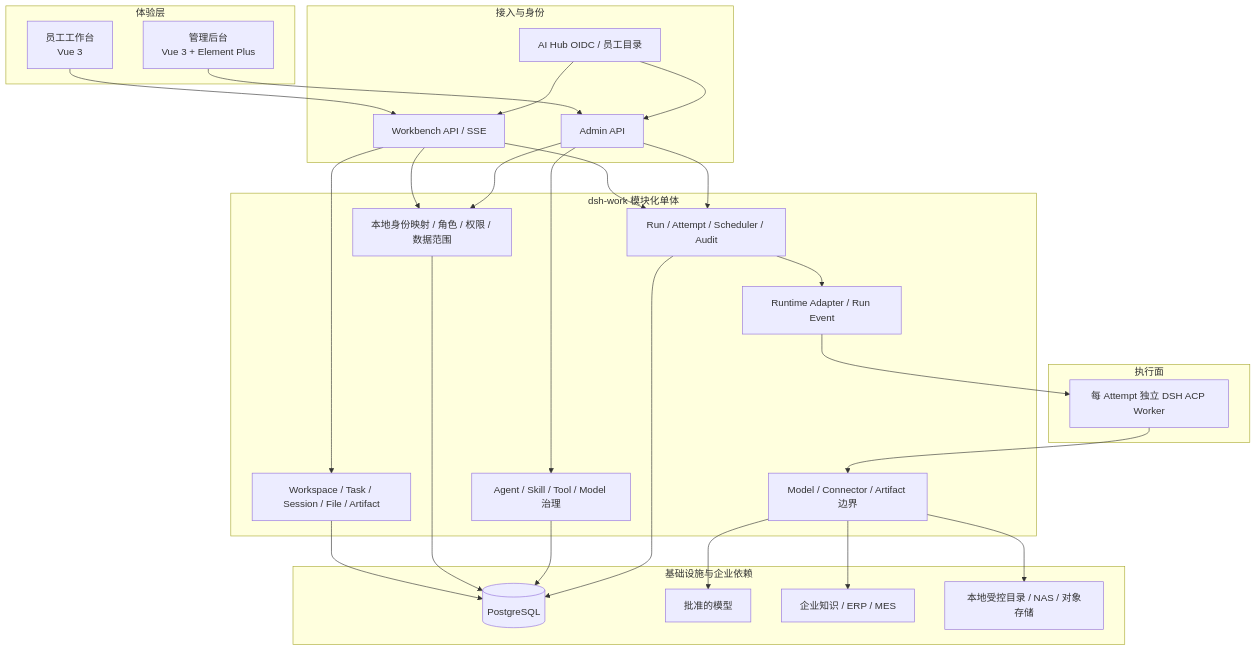
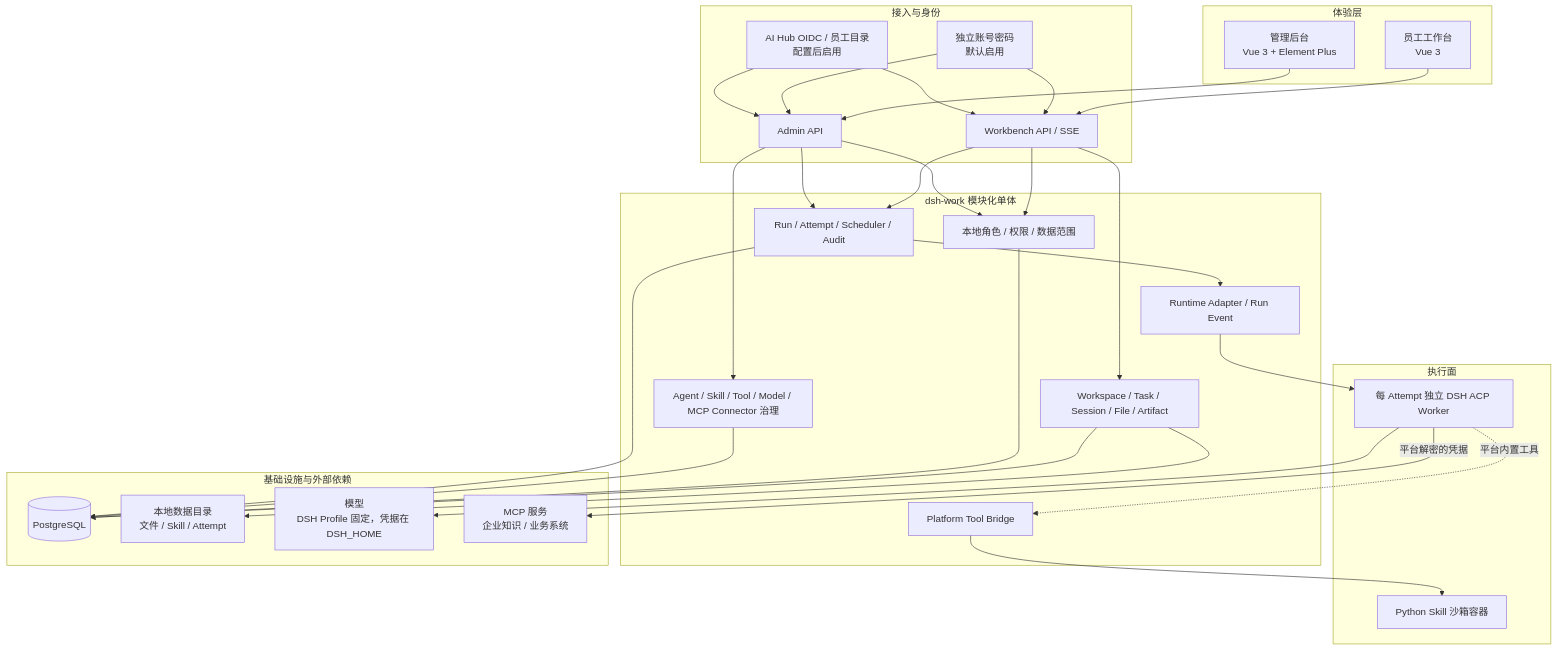
Before and after one commit to globalsinocode/dsh-work: the first of 2 diagrams in docs/development/overview.md, drawn with Mermaid. The commit also changed other lines of this file, not shown here.

Commit message:
docs: align the architecture overview with the code
- Redraw the logical architecture: no model/connector gateway; DSH calls
  models and MCP servers directly, platform tools and the Python sandbox
  go through the Platform Tool Bridge; password login is the default.
- State that model routes are recorded but not yet passed to DSH.
- Correct the dependency-check claim: server modules have no automated
  dependency check and currently depend on each other.
- Note that file storage has no adapter yet, and that HTTP status comes
  only from typed errors.

Claude-Session: https://claude.ai/code/session_01PfaqwiVSzeMqhVmdgJeoGi

````diff
--- a/docs/development/overview.md
+++ b/docs/development/overview.md
@@ -95,54 +95,59 @@
 ```mermaid
 flowchart TB
   subgraph Client[体验层]
     WB[员工工作台<br/>Vue 3]
     Admin[管理后台<br/>Vue 3 + Element Plus]
   end
 
   subgraph Access[接入与身份]
     WAPI[Workbench API / SSE]
     AAPI[Admin API]
-    Auth[AI Hub OIDC / 员工目录]
+    Local[独立账号密码<br/>默认启用]
+    Auth[AI Hub OIDC / 员工目录<br/>配置后启用]
   end
 
   subgraph App[dsh-work 模块化单体]
     Workspace[Workspace / Task / Session / File / Artifact]
-    Authorization[本地身份映射 / 角色 / 权限 / 数据范围]
-    Governance[Agent / Skill / Tool / Model 治理]
+    Authorization[本地角色 / 权限 / 数据范围]
+    Governance[Agent / Skill / Tool / Model / MCP Connector 治理]
     Orchestration[Run / Attempt / Scheduler / Audit]
     Runtime[Runtime Adapter / Run Event]
-    Gateway[Model / Connector / Artifact 边界]
+    Bridge[Platform Tool Bridge]
   end
 
   subgraph Execution[执行面]
     DSH[每 Attempt 独立 DSH ACP Worker]
+    Sandbox[Python Skill 沙箱容器]
   end
 
-  subgraph Dependencies[基础设施与企业依赖]
+  subgraph Dependencies[基础设施与外部依赖]
     PG[(PostgreSQL)]
-    Models[批准的模型]
-    Systems[企业知识 / ERP / MES]
-    Storage[本地受控目录 / NAS / 对象存储]
+    Storage[本地数据目录<br/>文件 / Skill / Attempt]
+    Models[模型<br/>DSH Profile 固定，凭据在 DSH_HOME]
+    MCP[MCP 服务<br/>企业知识 / 业务系统]
   end
 
   WB --> WAPI
   Admin --> AAPI
+  Local --> WAPI
+  Local --> AAPI
   Auth --> WAPI
   Auth --> AAPI
   WAPI --> Authorization
   AAPI --> Authorization
   WAPI --> Workspace
   WAPI --> Orchestration
   AAPI --> Governance
   AAPI --> Orchestration
   Workspace --> PG
+  Workspace --> Storage
   Authorization --> PG
   Governance --> PG
   Orchestration --> PG
   Orchestration --> Runtime
   Runtime --> DSH
-  DSH --> Gateway
-  Gateway --> Models
-  Gateway --> Systems
-  Gateway --> Storage
+  DSH --> Models
+  DSH -->|平台解密的凭据| MCP
+  DSH -.->|平台内置工具| Bridge
+  Bridge --> Sandbox
 ```
````
